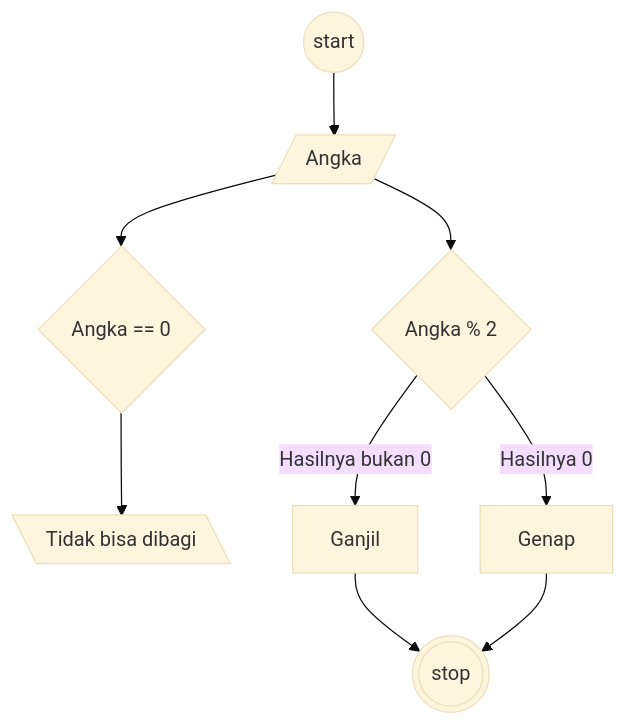
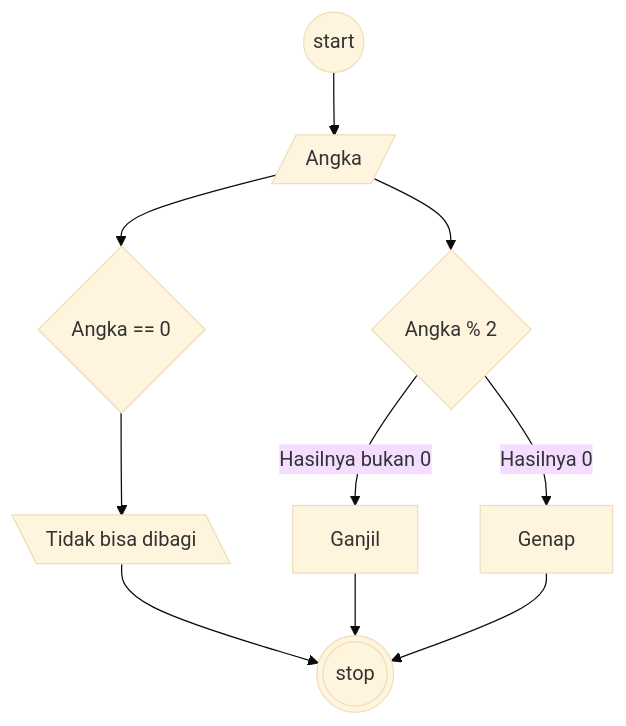
The diagram in flowchart-ganjil-genap.md (AbiPasundan/koda-b6-algoritma), drawn with Mermaid (base theme) before and after one commit.

````diff
--- a/flowchart-ganjil-genap.md
+++ b/flowchart-ganjil-genap.md
@@ -1,17 +1,17 @@
 ```mermaid
 flowchart TB
  A@{ shape: circ, label: "start"} 
  B@{ shape: lean-r, label: "Angka"}
  X@{ shape: diamond, label: "Angka == 0"}
  Y@{ shape: lean-l, label: "Tidak bisa dibagi"}
  C@{ shape: diamond, label: "Angka % 2"}
  D@{ shape: lean-l, label: "Genap"}
  E@{ shape: lean-l, label: "Ganjil"}
  Z@{ shape: dbl-circ, label: "stop"}
  A-->B-->
  C-->|Hasilnya 0|D[Genap]
  C-->|Hasilnya bukan 0|E[Ganjil]
- B-->X-->Y
+ B-->X-->Y-->Z
  E-->Z
  D-->Z
 ```
````
